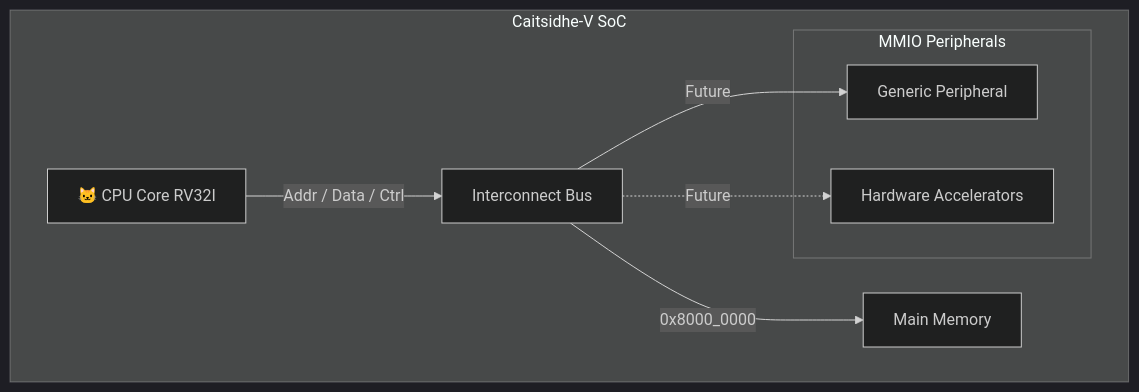
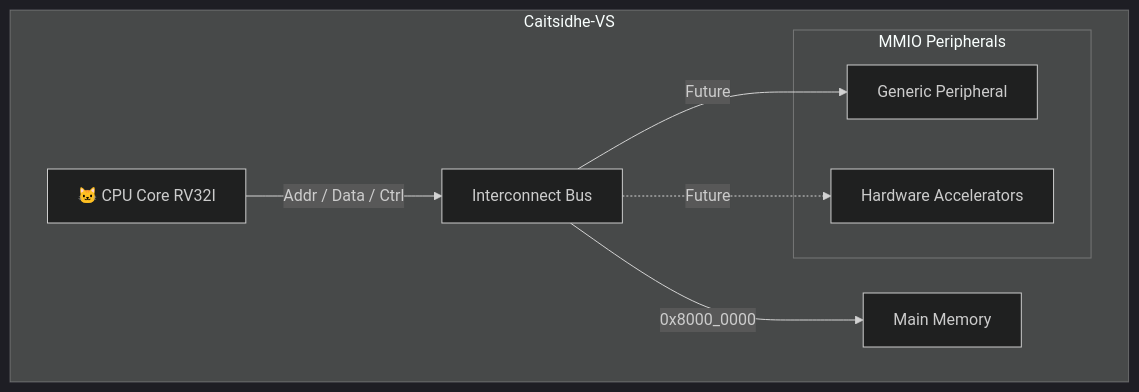
Before and after one commit to AndreLimaJordao/Caitsidhe-VS: the diagram in README.md, drawn with Mermaid (dark theme).

Commit message:
Rename SoC subgraph to Caitsidhe-VS

````diff
--- a/README.md
+++ b/README.md
@@ -18,18 +18,18 @@
 ```mermaid
 graph TD
-    subgraph SoC [Caitsidhe-V SoC]
+    subgraph SoC [Caitsidhe-VS]
         CPU[🐱 CPU Core RV32I] 
         BUS[Interconnect Bus]
         RAM[Main Memory]
         
         subgraph Peripherals [MMIO Peripherals]
             GEN_PER[Generic Peripheral]
             HW_ACC[Hardware Accelerators]
         end
     end
 
     CPU -->|Addr / Data / Ctrl| BUS
     BUS -->|0x8000_0000| RAM
     BUS -->|Future| GEN_PER
     BUS -.->|Future| HW_ACC
 ```
````
